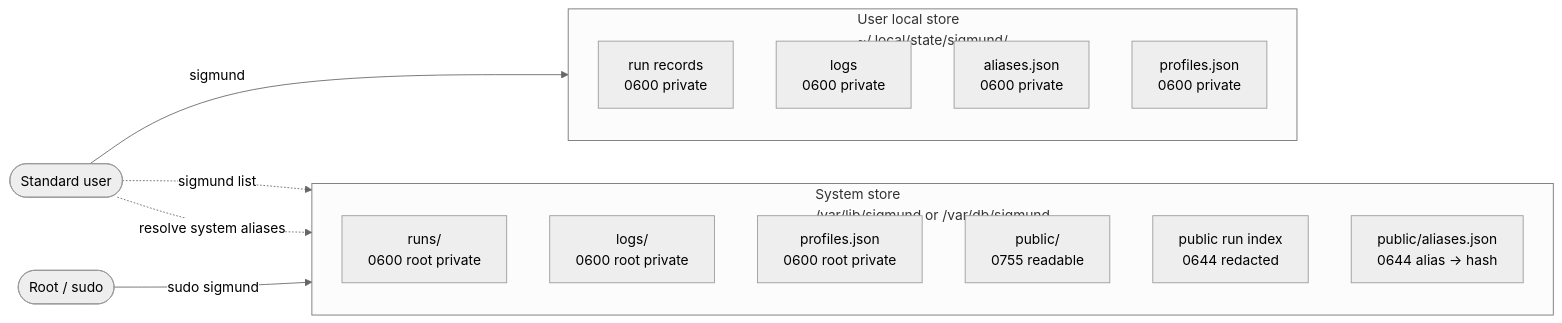
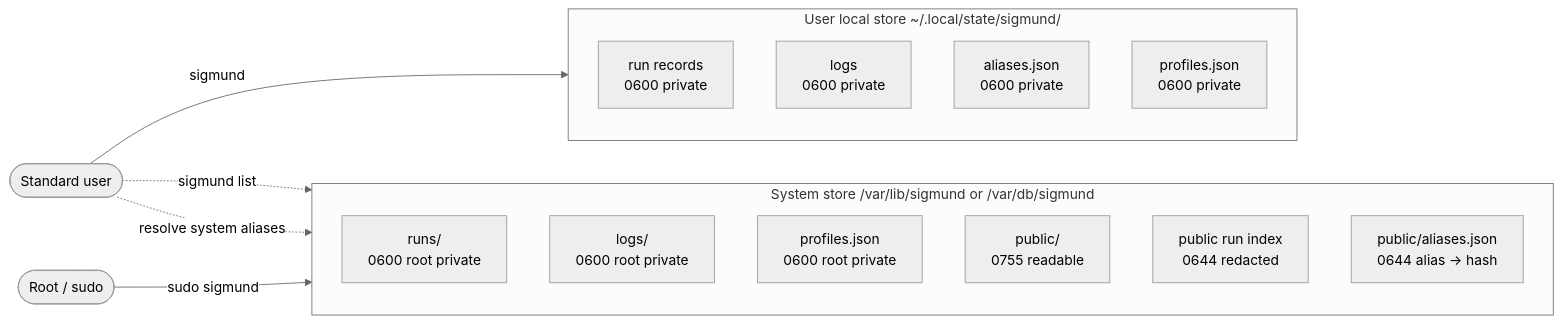
One commit to RchGrav/onhold changed the second of 4 diagrams in README.md. Above: the diagram before and after it, drawn with Mermaid (neutral theme).

````diff
--- a/README.md
+++ b/README.md
@@ -206,28 +206,28 @@
 ```mermaid
 flowchart LR
     User(["Standard user"])
     Admin(["Root / sudo"])
 
-    subgraph UserStore["User local store<br/>~/.local/state/sigmund/"]
+    subgraph UserStore["User local store   ~/.local/state/sigmund/"]
         direction TB
         UR["run records<br/>0600 private"]
         UL["logs<br/>0600 private"]
         UA["aliases.json<br/>0600 private"]
         UP["profiles.json<br/>0600 private"]
     end
 
-    subgraph SystemStore["System store<br/>/var/lib/sigmund or /var/db/sigmund"]
+    subgraph SystemStore["System store   /var/lib/sigmund or /var/db/sigmund"]
         direction TB
         SR["runs/<br/>0600 root private"]
         SL["logs/<br/>0600 root private"]
         SP["profiles.json<br/>0600 root private"]
         Public["public/<br/>0755 readable"]
         SI["public run index<br/>0644 redacted"]
         SA["public/aliases.json<br/>0644 alias -> hash"]
     end
 
     User -->|"sigmund <cmd>"| UserStore
     Admin -->|"sudo sigmund <cmd>"| SystemStore
     User -.->|"sigmund list"| SI
     User -.->|"resolve system aliases"| SA
 ```
````
